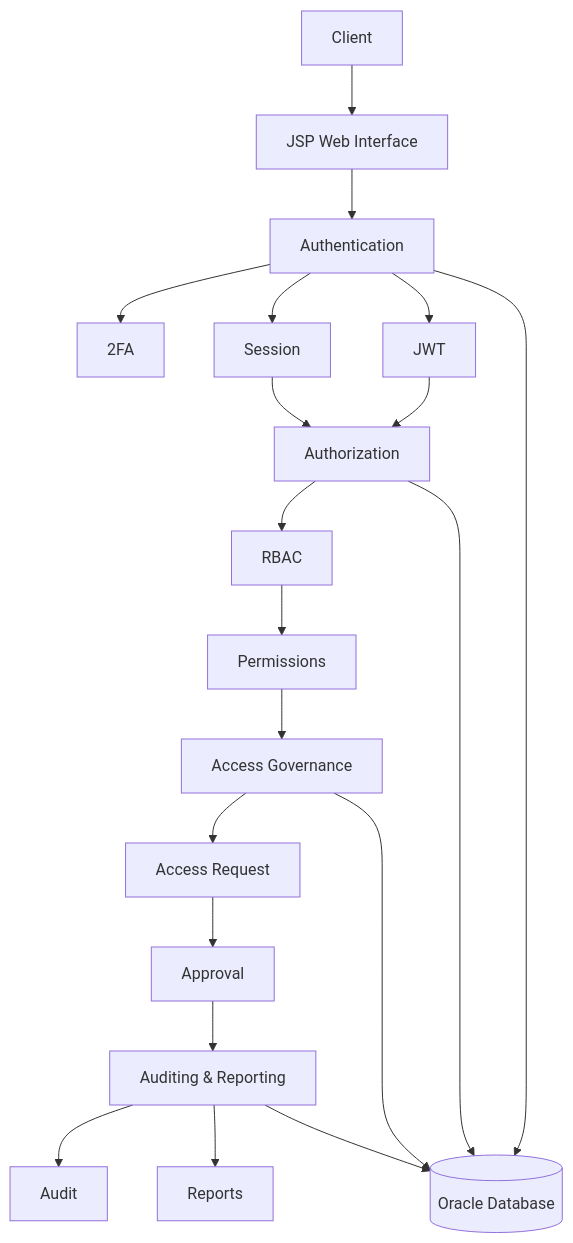
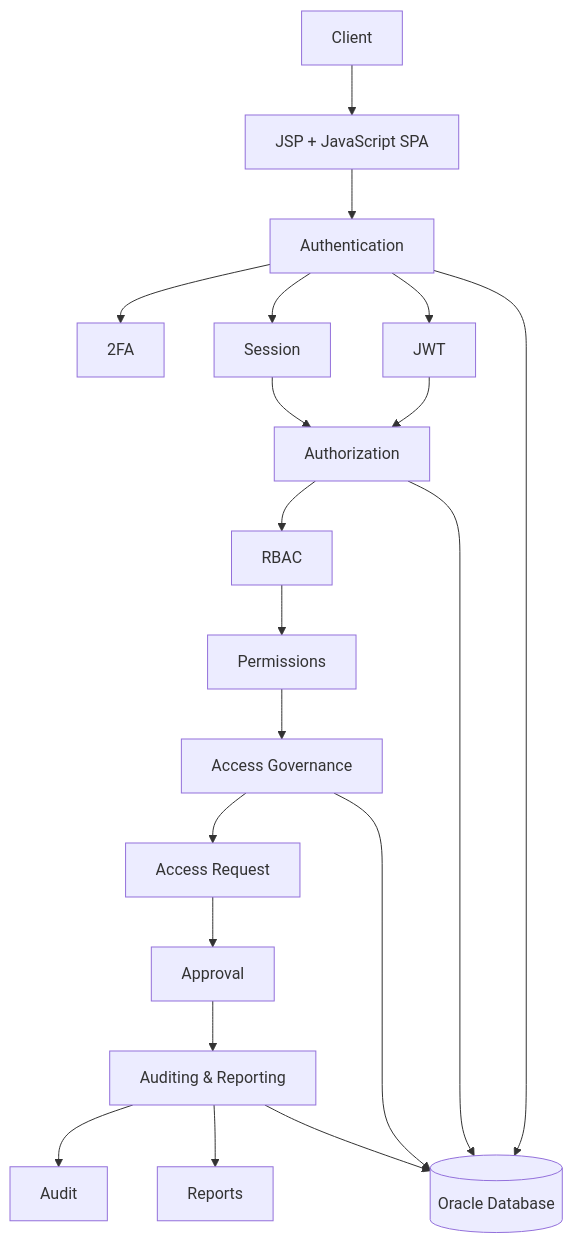
One commit to MotionPrograming/AuthorizationManagementSystem changed diagram 21 of 21 in README.md. Above: the diagram before and after it, drawn with Mermaid. The commit also changed other lines of this file, not shown here.

````diff
--- a/README.md
+++ b/README.md
@@ -1483,52 +1858,52 @@
 ```mermaid
 flowchart TB
     CLIENT["Client"]
 
-    UI["JSP Web Interface"]
+    SPA["JSP + JavaScript SPA"]
 
     AUTHENTICATION["Authentication"]
     TWOFA["2FA"]
     SESSION["Session"]
     JWT["JWT"]
 
     AUTHORIZATION["Authorization"]
     RBAC["RBAC"]
     PERMISSION["Permissions"]
 
     GOVERNANCE["Access Governance"]
     REQUEST["Access Request"]
     APPROVAL["Approval"]
 
     AUDITING["Auditing & Reporting"]
     AUDIT["Audit"]
     REPORT["Reports"]
 
     DATABASE[("Oracle Database")]
 
-    CLIENT --> UI
+    CLIENT --> SPA
 
-    UI --> AUTHENTICATION
+    SPA --> AUTHENTICATION
 
     AUTHENTICATION --> TWOFA
     AUTHENTICATION --> SESSION
     AUTHENTICATION --> JWT
 
     SESSION --> AUTHORIZATION
     JWT --> AUTHORIZATION
 
     AUTHORIZATION --> RBAC
     RBAC --> PERMISSION
 
     PERMISSION --> GOVERNANCE
     GOVERNANCE --> REQUEST
     REQUEST --> APPROVAL
 
     APPROVAL --> AUDITING
     AUDITING --> AUDIT
     AUDITING --> REPORT
 
     AUTHENTICATION --> DATABASE
     AUTHORIZATION --> DATABASE
     GOVERNANCE --> DATABASE
     AUDITING --> DATABASE
 ```
````
